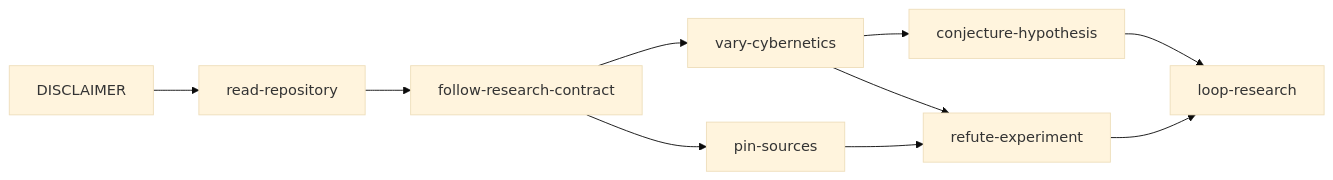
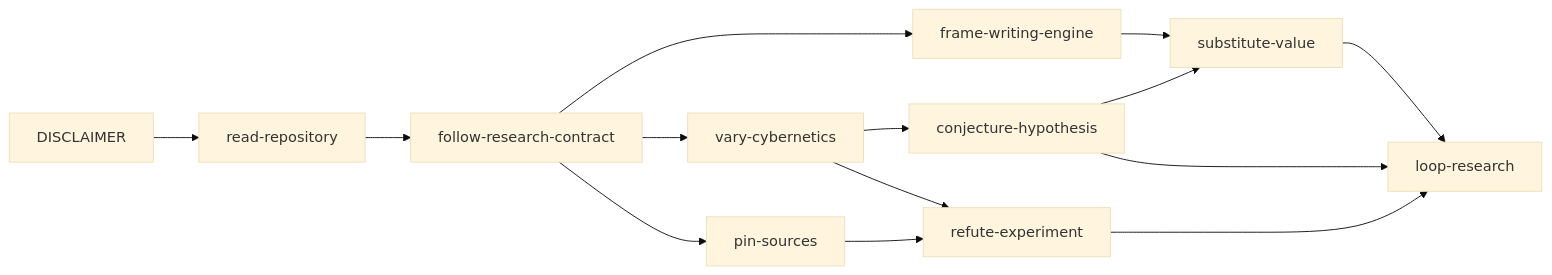
One commit to wetware-hq/popper changed the diagram in docs/read-repository.md. Above: the diagram before and after it, drawn with Mermaid (base theme). The commit also changed other lines of this file and 9 other files, not shown here.

Commit message:
Use tulip's writing engine as popper's generator (WET-134, WET-137)

````diff
--- a/docs/read-repository.md
+++ b/docs/read-repository.md
@@ -44,12 +47,16 @@
 ```mermaid { type: notebook.cell }
 flowchart LR
     D[DISCLAIMER] --> R[read-repository]
     R --> C[follow-research-contract]
     C --> P[pin-sources]
     C --> V[vary-cybernetics]
     V --> H[conjecture-hypothesis]
+    C --> W[frame-writing-engine]
+    W --> S[substitute-value]
+    H --> S
     V --> E[refute-experiment]
     P --> E
-    H --> L[loop-research]
+    S --> L[loop-research]
+    H --> L
     E --> L
 ```
````
